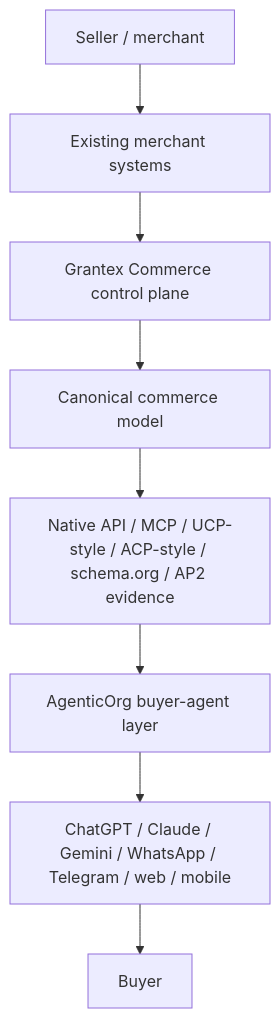
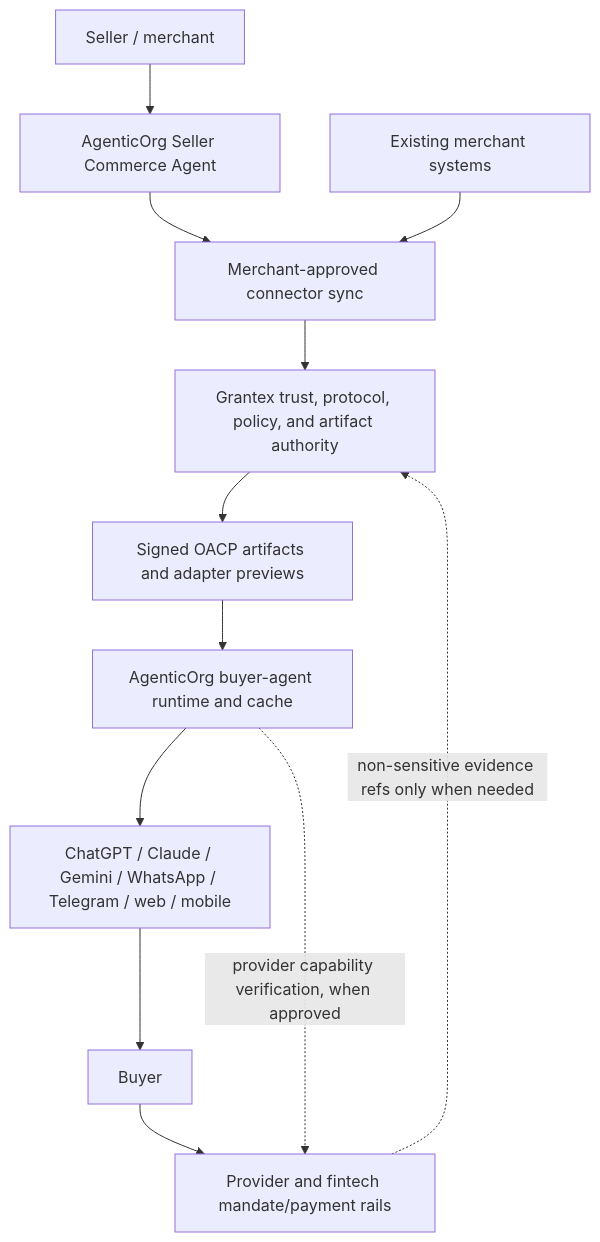
One commit to mishrasanjeev/grantex changed the first of 2 diagrams in docs/guides/commerce-v1-agentic-commerce-prd.md. Above: the diagram before and after it, drawn with Mermaid. The commit also changed other lines of this file and 4 other files, not shown here.

Commit message:
docs(commerce): update OACP PRD and content plan

````diff
--- a/docs/guides/commerce-v1-agentic-commerce-prd.md
+++ b/docs/guides/commerce-v1-agentic-commerce-prd.md
@@ -149,19 +179,25 @@
 ```mermaid
 flowchart TB
   seller["Seller / merchant"]
+  selleragent["AgenticOrg Seller Commerce Agent"]
   systems["Existing merchant systems"]
-  grantex["Grantex Commerce control plane"]
-  canonical["Canonical commerce model"]
-  publish["Native API / MCP / UCP-style / ACP-style / schema.org / AP2 evidence"]
-  agenticorg["AgenticOrg buyer-agent layer"]
+  connector["Merchant-approved connector sync"]
+  grantex["Grantex trust, protocol, policy, and artifact authority"]
+  artifacts["Signed OACP artifacts and adapter previews"]
+  agenticorg["AgenticOrg buyer-agent runtime and cache"]
   channels["ChatGPT / Claude / Gemini / WhatsApp / Telegram / web / mobile"]
+  provider["Provider and fintech mandate/payment rails"]
   buyer["Buyer"]
 
-  seller --> systems
-  systems --> grantex
-  grantex --> canonical
-  canonical --> publish
-  publish --> agenticorg
+  seller --> selleragent
+  selleragent --> connector
+  systems --> connector
+  connector --> grantex
+  grantex --> artifacts
+  artifacts --> agenticorg
   agenticorg --> channels
   channels --> buyer
+  buyer --> provider
+  agenticorg -. "provider capability verification, when approved" .-> provider
+  provider -. "non-sensitive evidence refs only when needed" .-> grantex
 ```
````
